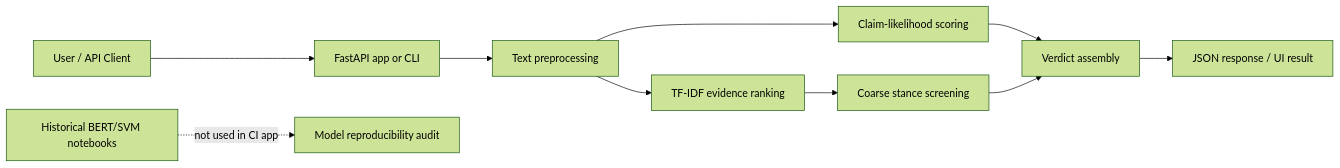
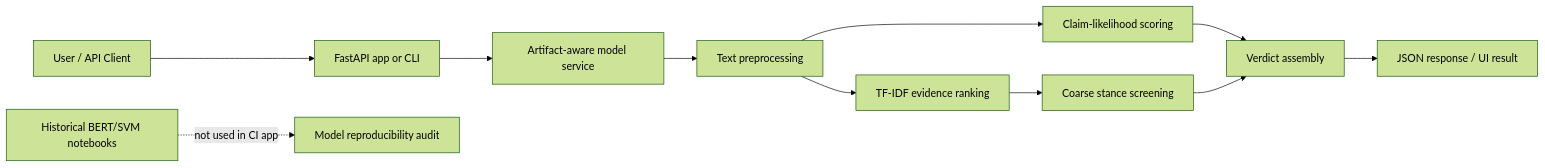
Before and after one commit to shreyshrivastava/claim-detection-project-on-Russia-and-conflict: the diagram in README.md, drawn with Mermaid (forest theme). The commit also changed other lines of this file and 21 other files, not shown here.

````diff
--- a/README.md
+++ b/README.md
@@ -37,12 +37,13 @@
 ```mermaid
 flowchart LR
     U["User / API Client"] --> A["FastAPI app or CLI"]
-    A --> P["Text preprocessing"]
+    A --> M["Artifact-aware model service"]
+    M --> P["Text preprocessing"]
     P --> C["Claim-likelihood scoring"]
     P --> R["TF-IDF evidence ranking"]
     R --> S["Coarse stance screening"]
     C --> V["Verdict assembly"]
     S --> V
     V --> O["JSON response / UI result"]
     N["Historical BERT/SVM notebooks"] -. "not used in CI app" .-> D["Model reproducibility audit"]
 ```
````
